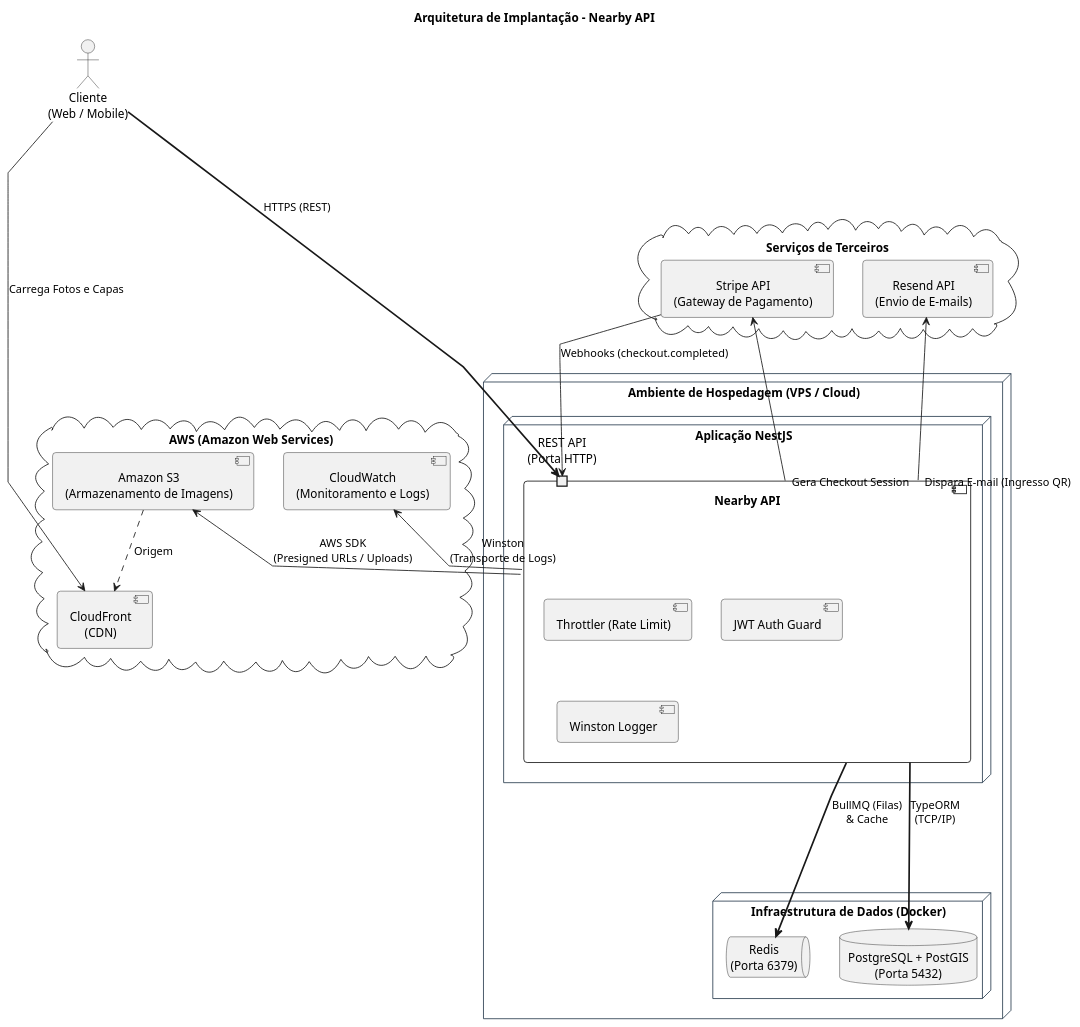
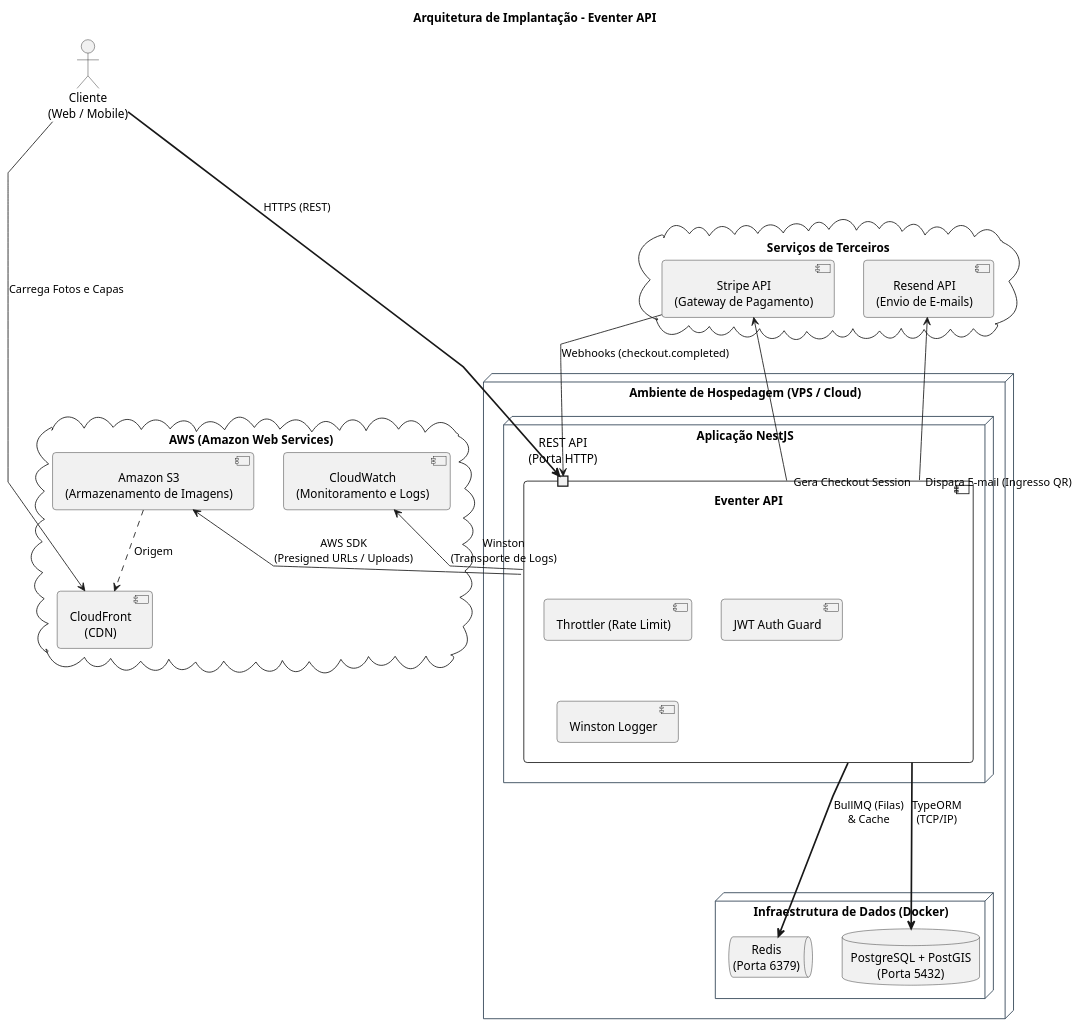
One commit to Pedroo-Nietoo/Eventer-API changed the diagram in docs/diagrams/deployment-architecture.puml. Above: the diagram before and after it, drawn with PlantUML. The commit also changed 19 other files, not shown here.

First line of the commit message:
refactor: update references from 'nearby' to 'eventer' across the codebase

```diff
--- a/docs/diagrams/deployment-architecture.puml
+++ b/docs/diagrams/deployment-architecture.puml
@@ -1,61 +1,61 @@
 @startuml Deployment
 hide empty members
 skinparam linetype polyline
 skinparam componentStyle uml2
 skinparam roundcorner 8
 skinparam defaultTextAlignment center
 
 skinparam node {
   BackgroundColor White
   BorderColor #2c3e50
 }
 
-title Arquitetura de Implantação - Nearby API
+title Arquitetura de Implantação - Eventer API
 
 actor "Cliente\n(Web / Mobile)" as Client
 
 cloud "Serviços de Terceiros" as ThirdParty {
   component "Stripe API\n(Gateway de Pagamento)" as Stripe
   component "Resend API\n(Envio de E-mails)" as Resend
 }
 
 cloud "AWS (Amazon Web Services)" as AWS {
   component "Amazon S3\n(Armazenamento de Imagens)" as S3
   component "CloudFront\n(CDN)" as CDN
   component "CloudWatch\n(Monitoramento e Logs)" as CloudWatch
   
   S3 ..> CDN : "Origem"
 }
 
 node "Ambiente de Hospedagem (VPS / Cloud)" {
 
   node "Aplicação NestJS" {
-    component "Nearby API" as API {
+    component "Eventer API" as API {
       port "REST API\n(Porta HTTP)" as API_Port
       
       [Throttler (Rate Limit)]
       [JWT Auth Guard]
       [Winston Logger]
     }
   }
 
   node "Infraestrutura de Dados (Docker)" {
     database "PostgreSQL + PostGIS\n(Porta 5432)" as DB
     queue "Redis\n(Porta 6379)" as Redis
   }
 }
 
 Client ==down==> API_Port : "HTTPS (REST)"
 Client -right-> CDN : "Carrega Fotos e Capas"
 
 API ==down==> DB : "TypeORM\n(TCP/IP)"
 API ==down==> Redis : "BullMQ (Filas)\n& Cache"
 
 API -right-> S3 : "AWS SDK\n(Presigned URLs / Uploads)"
 API -up-> CloudWatch : "Winston\n(Transporte de Logs)"
 
 API -up-> Stripe : "Gera Checkout Session"
 Stripe -down-> API_Port : "Webhooks (checkout.completed)"
 API -up-> Resend : "Dispara E-mail (Ingresso QR)"
 
 @enduml
```
